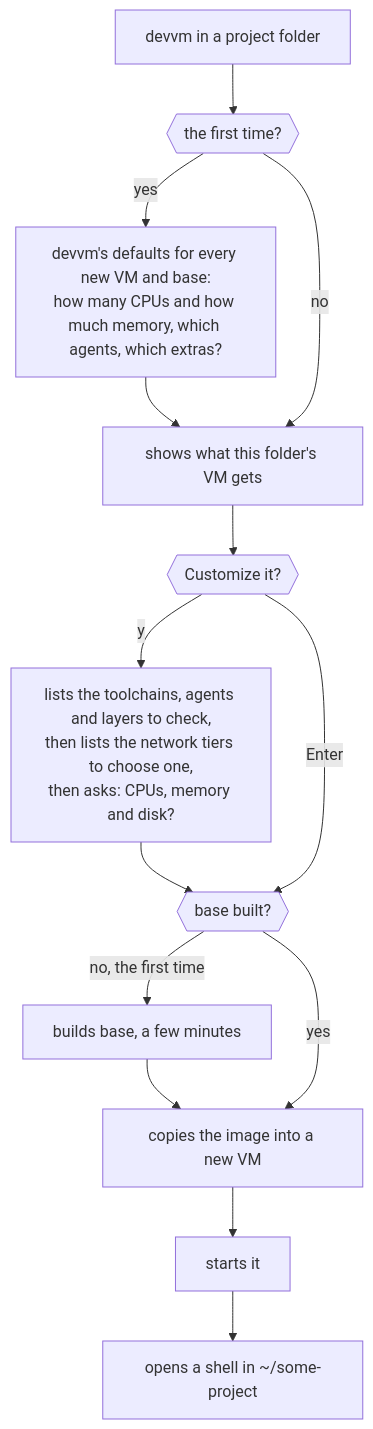
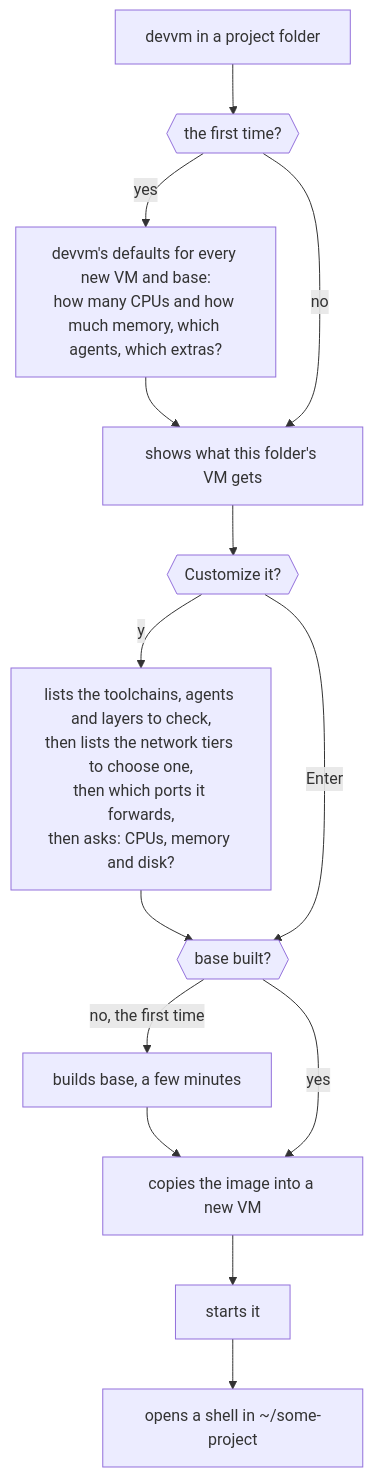
Before and after one commit to DustyPolk/devvm: the diagram in docs/content/docs/getting-started/first-vm.md, drawn with Mermaid. The commit also changed other lines of this file and 15 other files, not shown here.

First line of the commit message:
feat(vm): customizing a new VM asks which ports it forwards

````diff
--- a/docs/content/docs/getting-started/first-vm.md
+++ b/docs/content/docs/getting-started/first-vm.md
@@ -82,12 +82,12 @@
 ```mermaid
 flowchart TD
   run["devvm in a project folder"] --> first{{"the first time?"}}
   first -- "yes" --> size["devvm's defaults for every new VM and base:<br>how many CPUs and how much memory, which agents, which extras?"] --> summary
   first -- "no" --> summary["shows what this folder's VM gets"]
   summary --> custom{{"Customize it?"}}
-  custom -- "y" --> pick["lists the toolchains, agents and layers to check,<br>then lists the network tiers to choose one,<br>then asks: CPUs, memory and disk?"] --> built
+  custom -- "y" --> pick["lists the toolchains, agents and layers to check,<br>then lists the network tiers to choose one,<br>then which ports it forwards,<br>then asks: CPUs, memory and disk?"] --> built
   custom -- "Enter" --> built{{"base built?"}}
   built -- "no, the first time" --> build["builds base, a few minutes"] --> copy
   built -- "yes" --> copy["copies the image into a new VM"]
   copy --> start["starts it"] --> shell["opens a shell in ~/some-project"]
 ```
````
